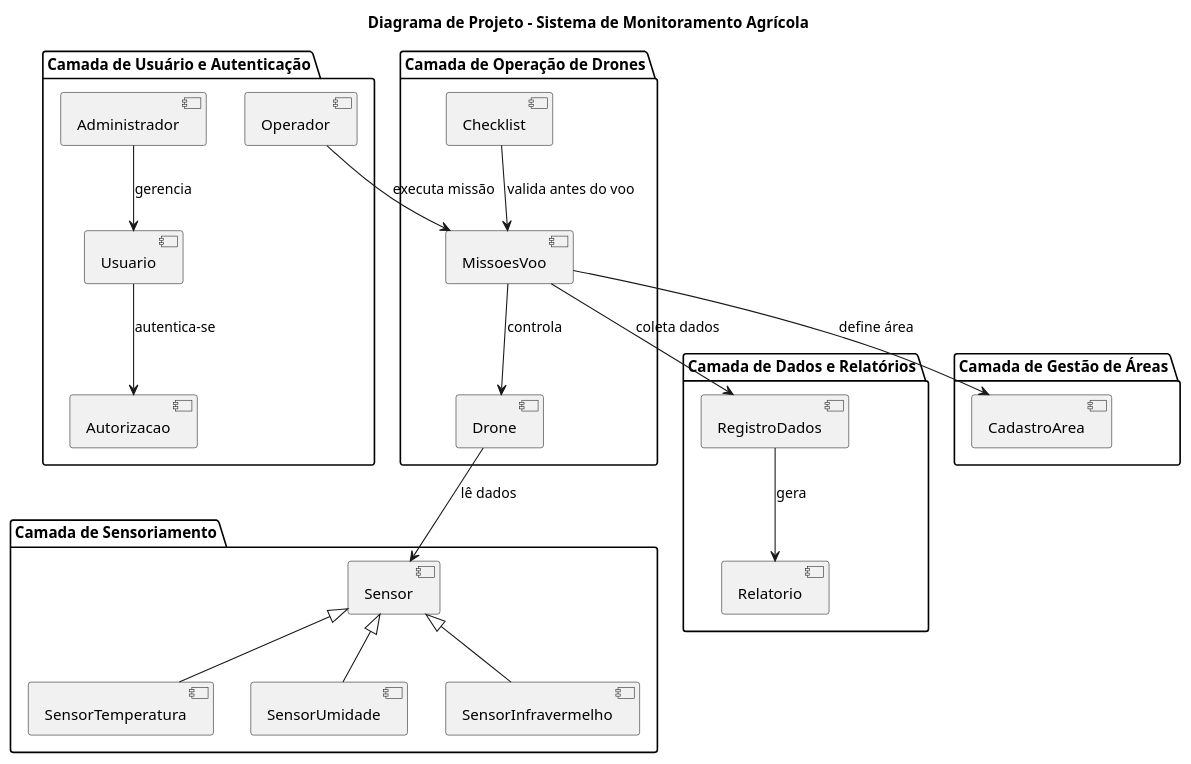
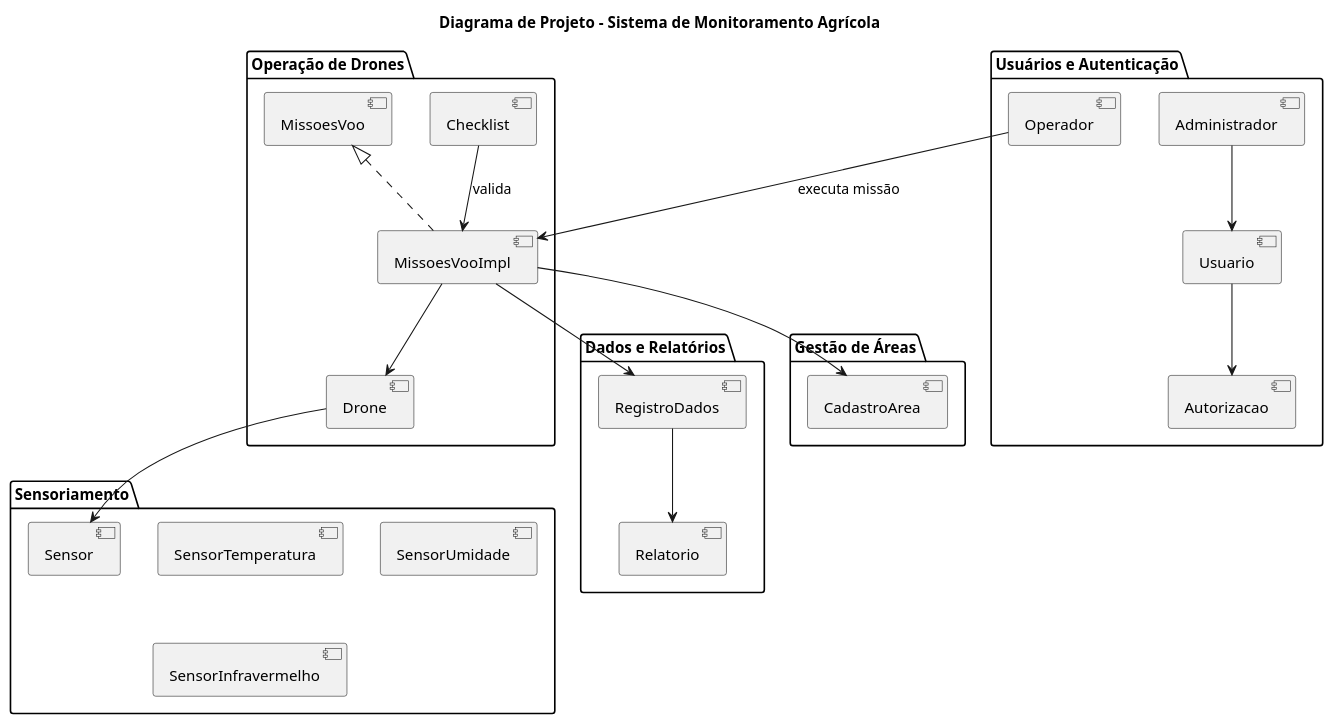
The diagram in docs/ProjectDiagram.puml (JoaoVitorMintz/Trabalho-de-Projeto-de-Software), drawn with PlantUML before and after one commit. The commit also changed 12 other files, not shown here.

Commit message:
Adicionando as imagens dos diagramas finais e gravados

```diff
--- a/docs/ProjectDiagram.puml
+++ b/docs/ProjectDiagram.puml
@@ -1,52 +1,46 @@
 @startuml
 title Diagrama de Projeto - Sistema de Monitoramento Agrícola
 
-package "Camada de Usuário e Autenticação" {
+package "Usuários e Autenticação" {
   [Usuario]
   [Administrador]
   [Operador]
   [Autorizacao]
 }
 
-package "Camada de Operação de Drones" {
+package "Operação de Drones" {
   [Drone]
   [Checklist]
   [MissoesVoo]
+  [MissoesVooImpl]
 }
 
-package "Camada de Sensoriamento" {
+package "Sensoriamento" {
   [Sensor]
   [SensorTemperatura]
   [SensorUmidade]
   [SensorInfravermelho]
 }
 
-package "Camada de Dados e Relatórios" {
+package "Dados e Relatórios" {
   [RegistroDados]
   [Relatorio]
 }
 
-package "Camada de Gestão de Áreas" {
+package "Gestão de Áreas" {
   [CadastroArea]
 }
 
-' =============================
-' Relações entre módulos
-' =============================
-[Usuario] --> [Autorizacao] : autentica-se
-[Administrador] --> [Usuario] : gerencia
-[Operador] --> [MissoesVoo] : executa missão
+[MissoesVoo] <|.. [MissoesVooImpl]
+[MissoesVooImpl] --> [Drone]
+[MissoesVooImpl] --> [CadastroArea]
+[MissoesVooImpl] --> [RegistroDados]
+[Checklist] --> [MissoesVooImpl] : valida
 
-[MissoesVoo] --> [Drone] : controla
-[MissoesVoo] --> [CadastroArea] : define área
-[MissoesVoo] --> [RegistroDados] : coleta dados
-
-[Drone] --> [Sensor] : lê dados
-[Sensor] <|-- [SensorTemperatura]
-[Sensor] <|-- [SensorUmidade]
-[Sensor] <|-- [SensorInfravermelho]
-
-[RegistroDados] --> [Relatorio] : gera
-[Checklist] --> [MissoesVoo] : valida antes do voo
+[RegistroDados] --> [Relatorio]
+[Drone] --> [Sensor]
+[Usuario] --> [Autorizacao]
+[Administrador] --> [Usuario]
+[Operador] --> [MissoesVooImpl] : executa missão
 
 @enduml
```
